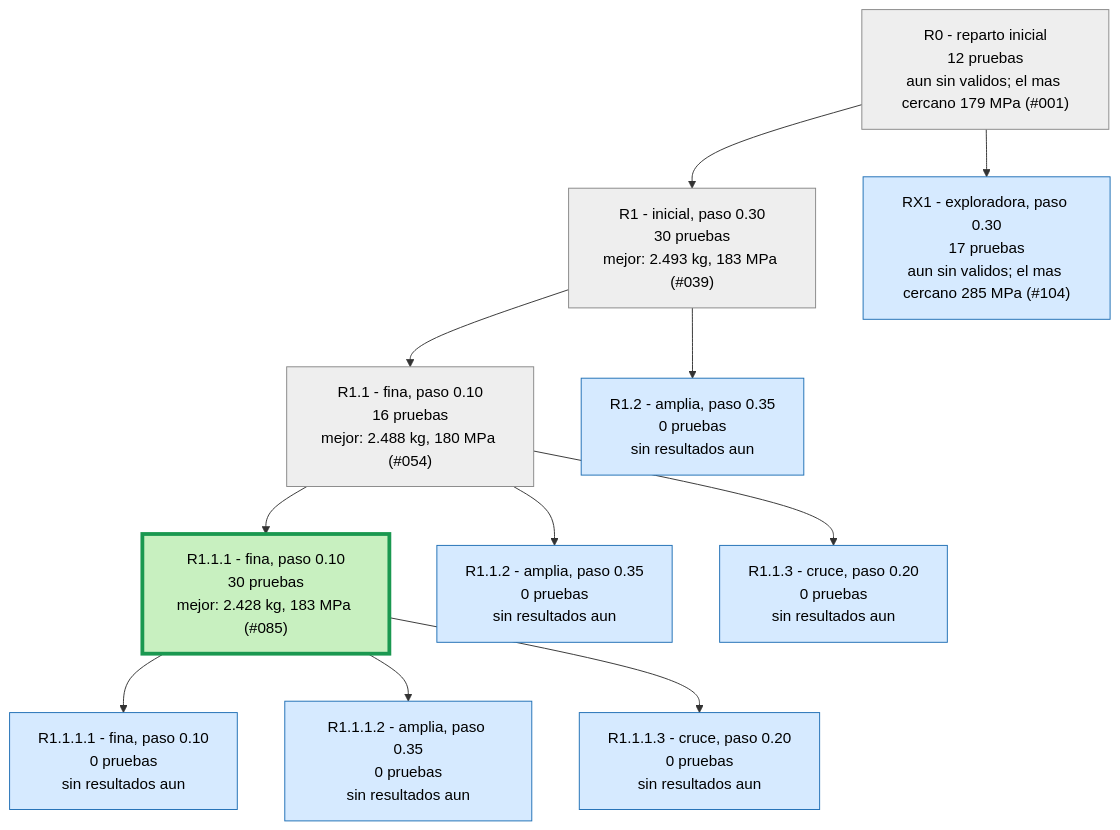
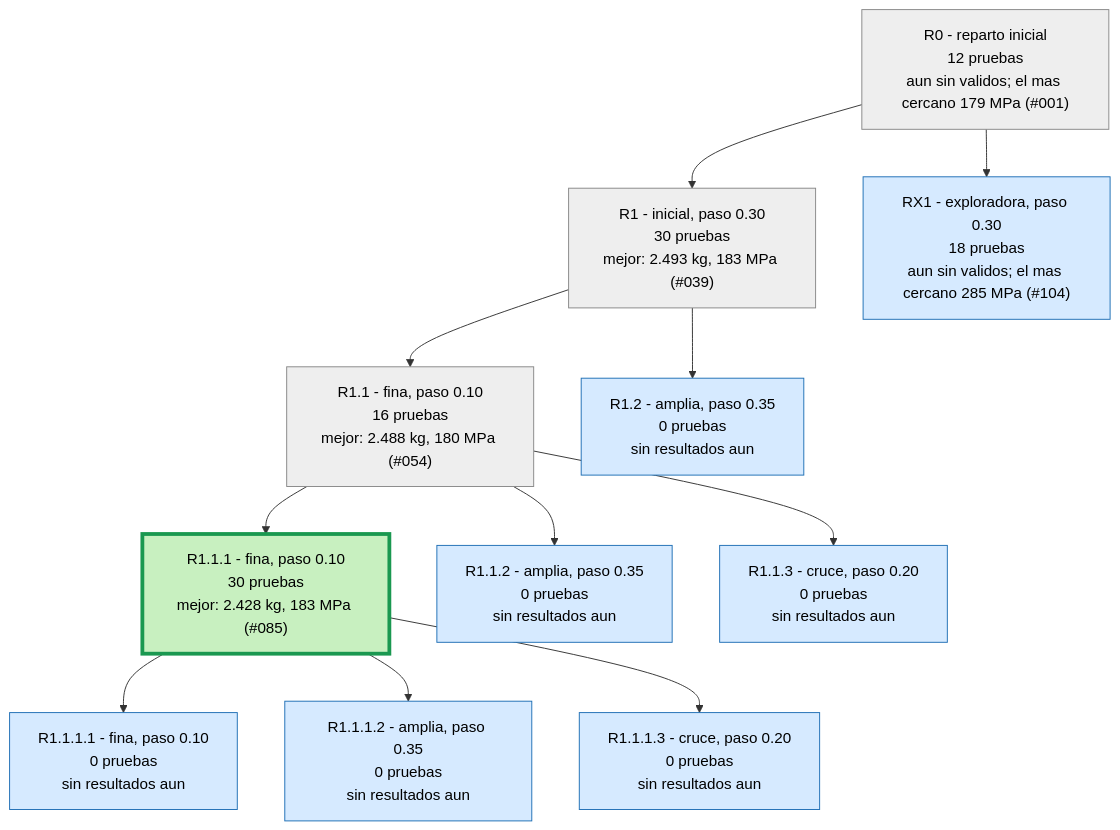
One commit to Hugiko/msd-soporte-optimizacion changed the second of 3 diagrams in runs/opt_37800N/ARBOL.md. Above: the diagram before and after it, drawn with Mermaid. The commit also changed 19 other files, not shown here.

````diff
--- a/runs/opt_37800N/ARBOL.md
+++ b/runs/opt_37800N/ARBOL.md
@@ -29,27 +29,27 @@
 ```mermaid
 graph TD
 classDef activa fill:#d6eaff,stroke:#1f6fb5,color:#000
 classDef fin fill:#eeeeee,stroke:#888,color:#000
 classDef mejor fill:#c8f0c0,stroke:#1a9850,stroke-width:4px,color:#000
 R0["R0 - reparto inicial<br/>12 pruebas<br/>aun sin validos; el mas cercano 179 MPa (#001)"]:::fin
 R1["R1 - inicial, paso 0.30<br/>30 pruebas<br/>mejor: 2.493 kg, 183 MPa (#039)"]:::fin
 R0 --> R1
 R1_1["R1.1 - fina, paso 0.10<br/>16 pruebas<br/>mejor: 2.488 kg, 180 MPa (#054)"]:::fin
 R1 --> R1_1
 R1_2["R1.2 - amplia, paso 0.35<br/>0 pruebas<br/>sin resultados aun"]:::activa
 R1 --> R1_2
 R1_1_1["R1.1.1 - fina, paso 0.10<br/>30 pruebas<br/>mejor: 2.428 kg, 183 MPa (#085)"]:::mejor
 R1_1 --> R1_1_1
 R1_1_2["R1.1.2 - amplia, paso 0.35<br/>0 pruebas<br/>sin resultados aun"]:::activa
 R1_1 --> R1_1_2
 R1_1_3["R1.1.3 - cruce, paso 0.20<br/>0 pruebas<br/>sin resultados aun"]:::activa
 R1_1 --> R1_1_3
 R1_1_1_1["R1.1.1.1 - fina, paso 0.10<br/>0 pruebas<br/>sin resultados aun"]:::activa
 R1_1_1 --> R1_1_1_1
 R1_1_1_2["R1.1.1.2 - amplia, paso 0.35<br/>0 pruebas<br/>sin resultados aun"]:::activa
 R1_1_1 --> R1_1_1_2
 R1_1_1_3["R1.1.1.3 - cruce, paso 0.20<br/>0 pruebas<br/>sin resultados aun"]:::activa
 R1_1_1 --> R1_1_1_3
-RX1["RX1 - exploradora, paso 0.30<br/>17 pruebas<br/>aun sin validos; el mas cercano 285 MPa (#104)"]:::activa
+RX1["RX1 - exploradora, paso 0.30<br/>18 pruebas<br/>aun sin validos; el mas cercano 285 MPa (#104)"]:::activa
 R0 --> RX1
 ```
````
